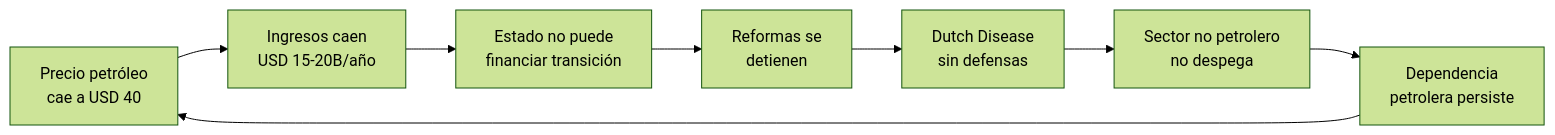
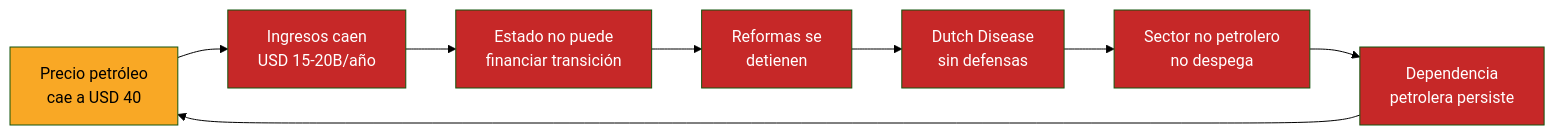
The third of 5 diagrams in docs/07-ejecucion/riesgos.md (Venezuela-S-A/venezuela-sa), drawn with Mermaid (forest theme) before and after one commit. The commit also changed other lines of this file and 127 other files, not shown here.

````diff
--- a/docs/07-ejecucion/riesgos.md
+++ b/docs/07-ejecucion/riesgos.md
@@ -159,10 +168,18 @@
 ```mermaid
 flowchart LR
     A[Precio petróleo<br>cae a USD 40] --> B[Ingresos caen<br>USD 15-20B/año]
     B --> C[Estado no puede<br>financiar transición]
     C --> D[Reformas se<br>detienen]
     D --> E[Dutch Disease<br>sin defensas]
     E --> F[Sector no petrolero<br>no despega]
     F --> G[Dependencia<br>petrolera persiste]
     G --> A
+
+    style A fill:#F9A825,color:#000
+    style B fill:#C62828,color:#fff
+    style C fill:#C62828,color:#fff
+    style D fill:#C62828,color:#fff
+    style E fill:#C62828,color:#fff
+    style F fill:#C62828,color:#fff
+    style G fill:#C62828,color:#fff
 ```
````
